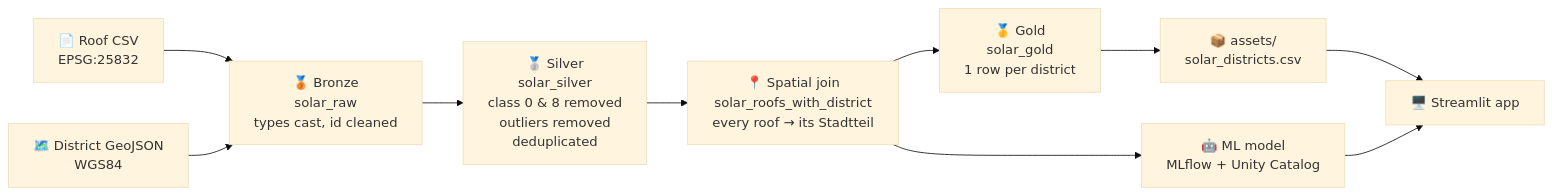
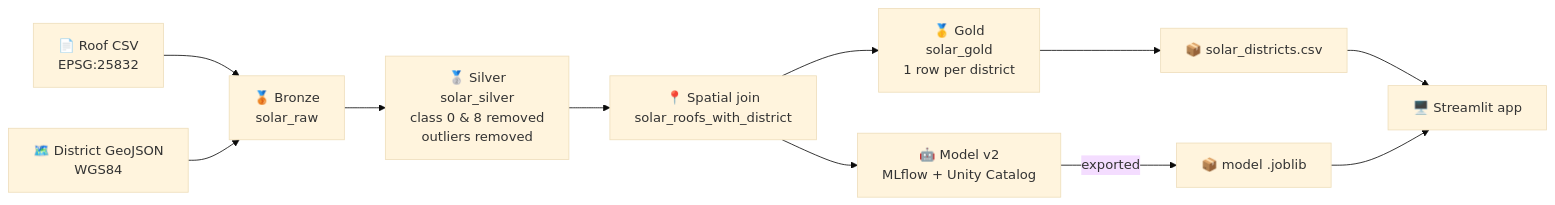
Before and after one commit to Dhru1999/solarscope_hamburg: the diagram in README.md, drawn with Mermaid (base theme). The commit also changed other lines of this file, not shown here.

````diff
--- a/README.md
+++ b/README.md
@@ -107,12 +171,13 @@
 ```mermaid
 flowchart LR
     A[📄 Roof CSV<br/>EPSG:25832] --> B
     G[🗺️ District GeoJSON<br/>WGS84] --> B
-    B[🥉 Bronze<br/>solar_raw<br/>types cast, id cleaned] --> C
-    C[🥈 Silver<br/>solar_silver<br/>class 0 & 8 removed<br/>outliers removed<br/>deduplicated] --> D
-    D[📍 Spatial join<br/>solar_roofs_with_district<br/>every roof → its Stadtteil] --> E
-    D --> M[🤖 ML model<br/>MLflow + Unity Catalog]
+    B[🥉 Bronze<br/>solar_raw] --> C
+    C[🥈 Silver<br/>solar_silver<br/>class 0 & 8 removed<br/>outliers removed] --> D
+    D[📍 Spatial join<br/>solar_roofs_with_district] --> E
+    D --> M[🤖 Model v2<br/>MLflow + Unity Catalog]
     E[🥇 Gold<br/>solar_gold<br/>1 row per district] --> F
-    F[📦 assets/<br/>solar_districts.csv] --> H
-    M --> H[🖥️ Streamlit app]
+    F[📦 solar_districts.csv] --> H
+    M -->|exported| J[📦 model .joblib]
+    J --> H[🖥️ Streamlit app]
 ```
````
